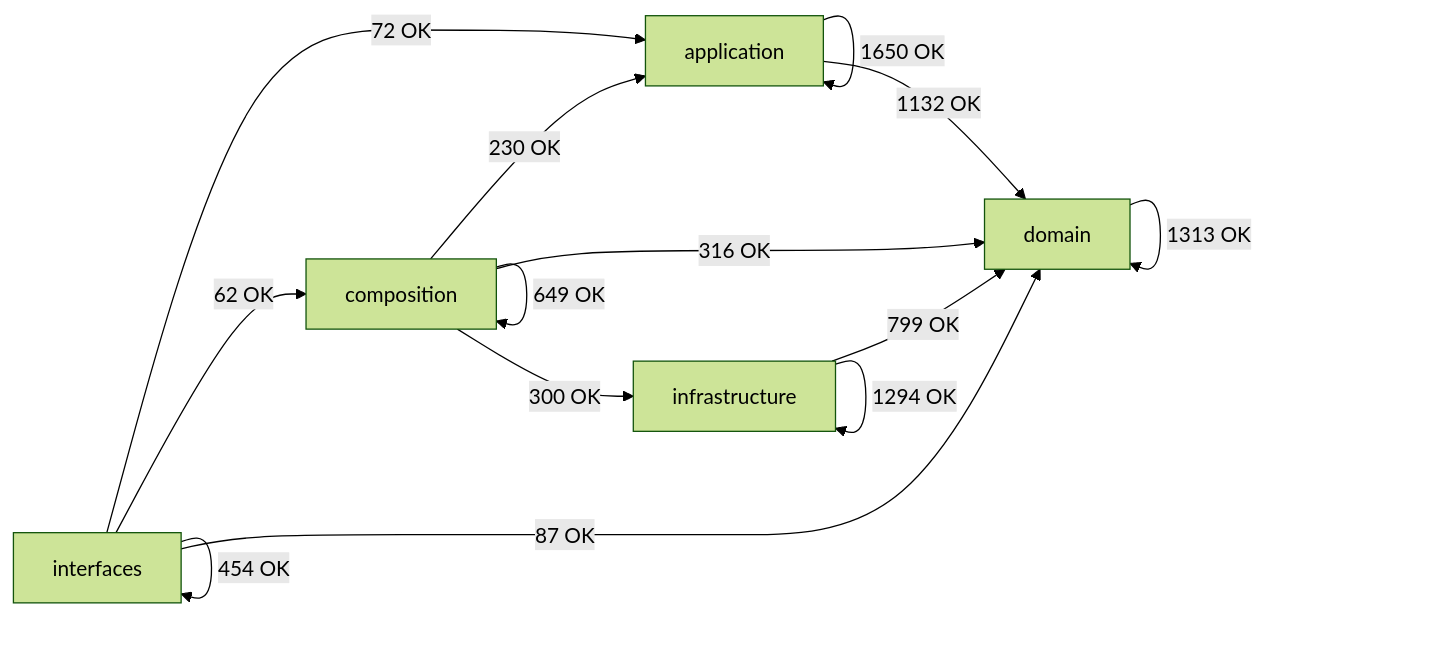
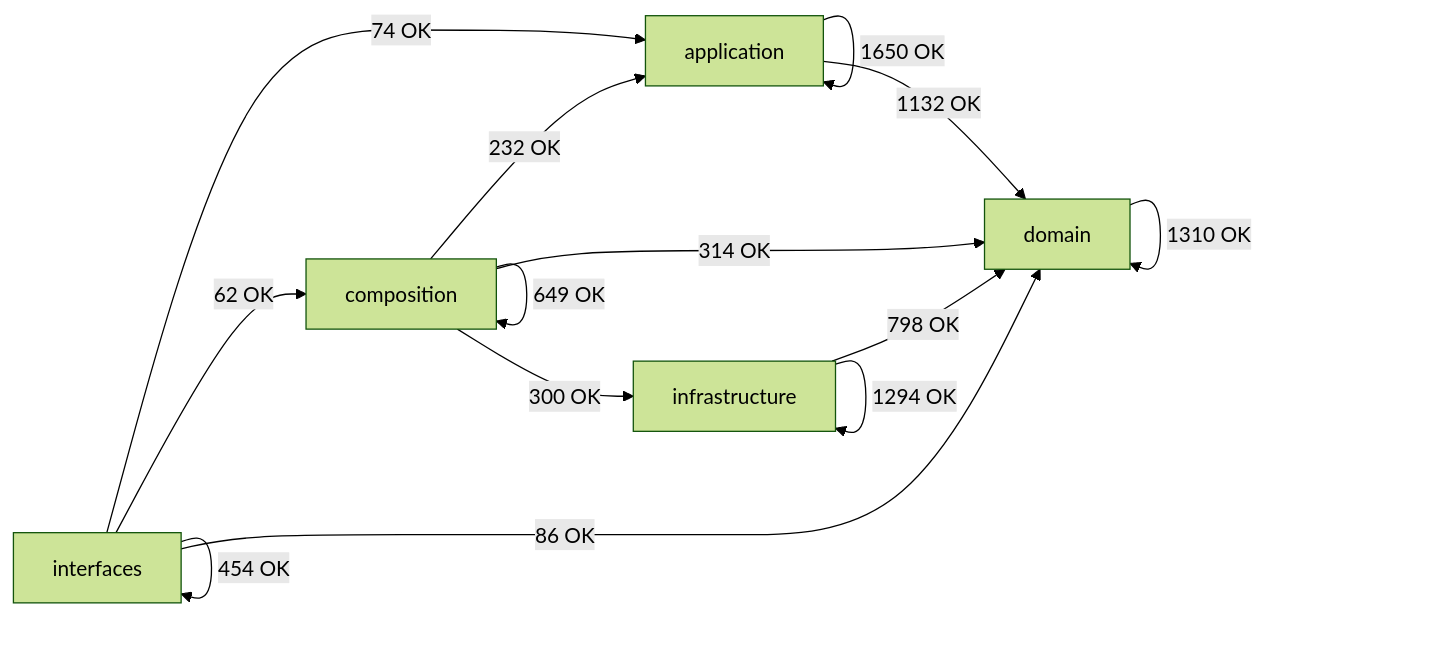
Before and after one commit to SatoryKono/BioactivityDataAcquisition: the diagram in docs/02-architecture/generated/module-dependency-map.md, drawn with Mermaid (forest theme). The commit also changed other lines of this file and 135 other files, not shown here.

````diff
--- a/docs/02-architecture/generated/module-dependency-map.md
+++ b/docs/02-architecture/generated/module-dependency-map.md
@@ -17,21 +17,21 @@
 ```mermaid
 flowchart LR
     domain[domain]
     application[application]
     infrastructure[infrastructure]
     composition[composition]
     interfaces[interfaces]
     application -->|1650 OK| application
     application -->|1132 OK| domain
-    composition -->|230 OK| application
+    composition -->|232 OK| application
     composition -->|649 OK| composition
-    composition -->|316 OK| domain
+    composition -->|314 OK| domain
     composition -->|300 OK| infrastructure
-    domain -->|1313 OK| domain
-    infrastructure -->|799 OK| domain
+    domain -->|1310 OK| domain
+    infrastructure -->|798 OK| domain
     infrastructure -->|1294 OK| infrastructure
-    interfaces -->|72 OK| application
+    interfaces -->|74 OK| application
     interfaces -->|62 OK| composition
-    interfaces -->|87 OK| domain
+    interfaces -->|86 OK| domain
     interfaces -->|454 OK| interfaces
 ```
````
